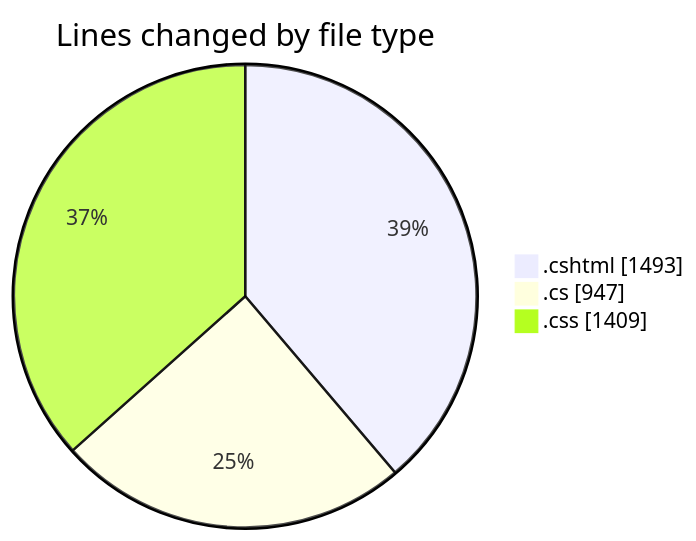
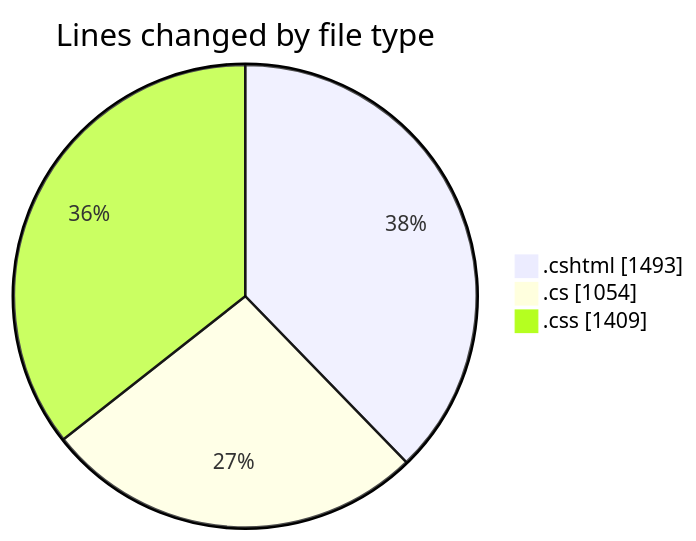
The first of 2 diagrams in 2025-07-18/nhahang/README.md (lephambinh05/code-tracking), drawn with Mermaid before and after one commit. The commit also changed other lines of this file and 1 other file, not shown here.

````diff
--- a/2025-07-18/nhahang/README.md
+++ b/2025-07-18/nhahang/README.md
@@ -45,7 +46,7 @@
 ```mermaid
 pie showData
 title Lines changed by file type
 ".cshtml" : 1493
-".cs" : 947
+".cs" : 1054
 ".css" : 1409
 ```
````
